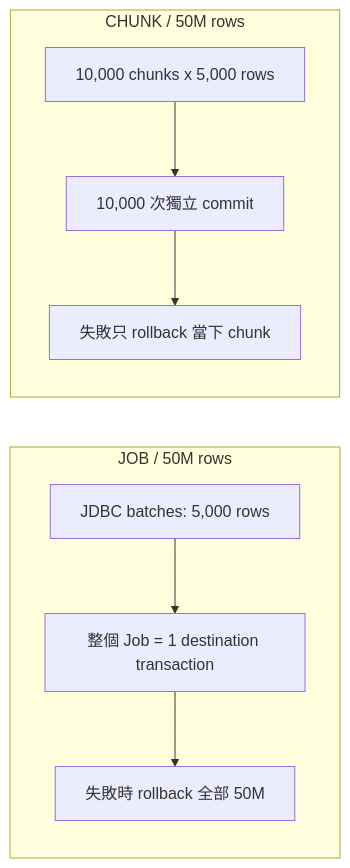
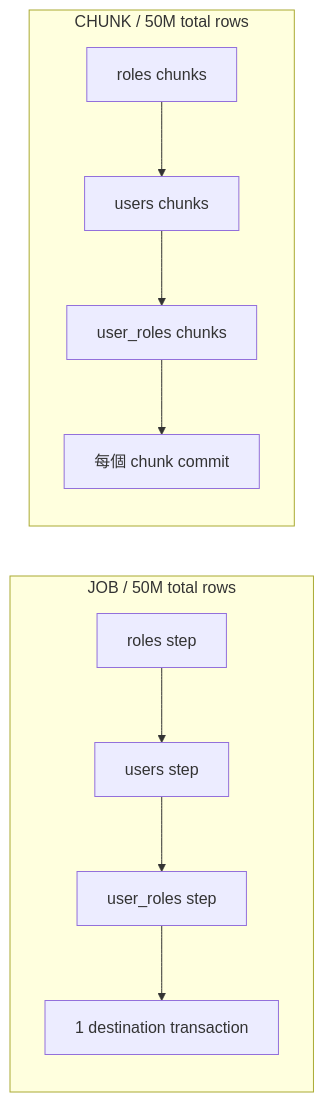
One commit to tibame201020/IrisPipe changed the second of 4 diagrams in quarto/zh-TW/performance.qmd. Above: the diagram before and after it, drawn with Mermaid. The commit also changed other lines of this file and 18 other files, not shown here.

````diff
--- a/quarto/zh-TW/performance.qmd
+++ b/quarto/zh-TW/performance.qmd
@@ -104,9 +147,9 @@
 ```{mermaid}
 flowchart LR
-  subgraph JOB["JOB / 50M rows"]
-    J1["JDBC batches: 5,000 rows"] --> J2["整個 Job = 1 destination transaction"] --> J3["失敗時 rollback 全部 50M"]
+  subgraph JOB["JOB / 50M total rows"]
+    J1["roles step"] --> J2["users step"] --> J3["user_roles step"] --> J4["1 destination transaction"]
   end
-  subgraph CHUNK["CHUNK / 50M rows"]
-    C1["10,000 chunks x 5,000 rows"] --> C2["10,000 次獨立 commit"] --> C3["失敗只 rollback 當下 chunk"]
+  subgraph CHUNK["CHUNK / 50M total rows"]
+    C1["roles chunks"] --> C2["users chunks"] --> C3["user_roles chunks"] --> C4["每個 chunk commit"]
   end
 ```
````
